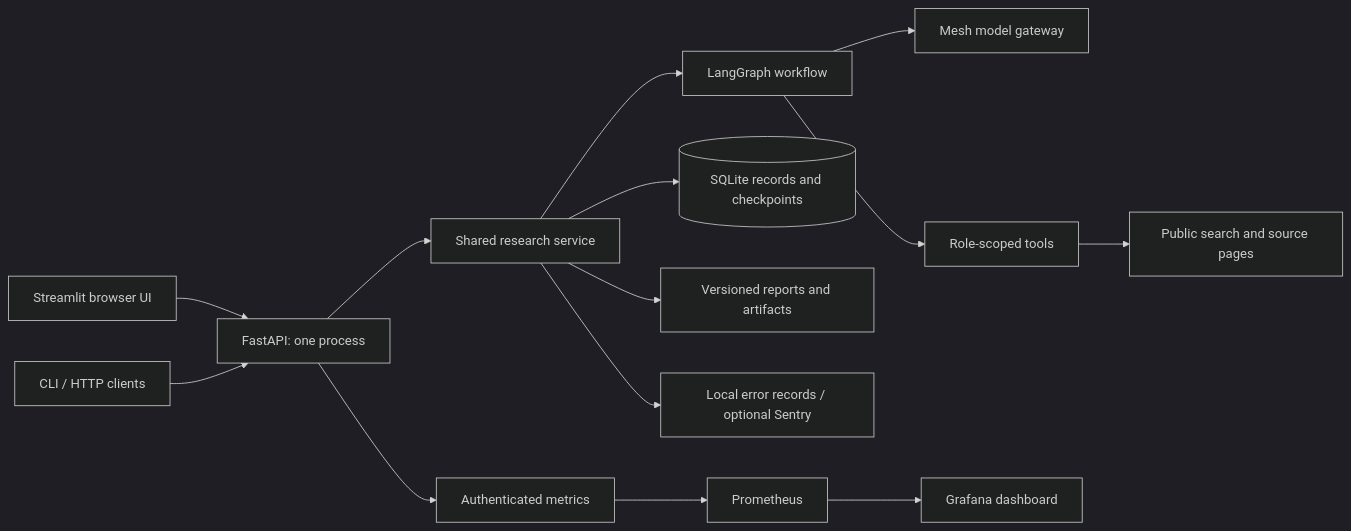
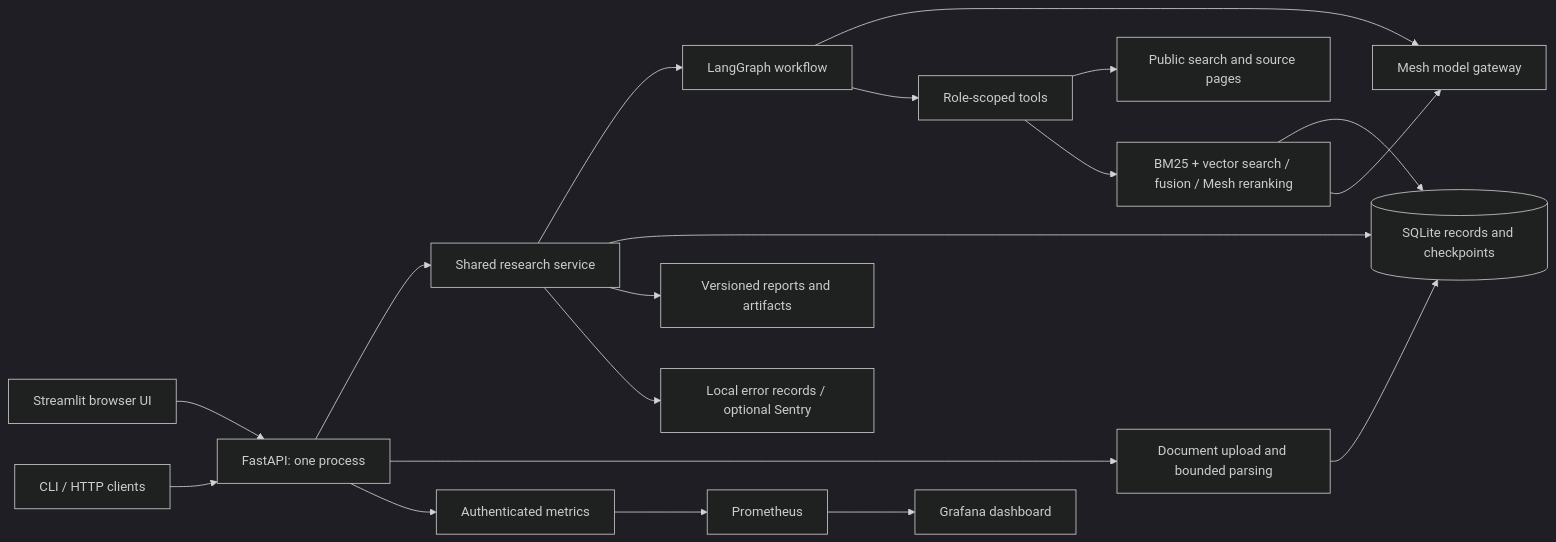
One commit to Ben-cod1ng/DeepDive changed the first of 3 diagrams in README.md. Above: the diagram before and after it, drawn with Mermaid (dark theme). The commit also changed other lines of this file and 38 other files, not shown here.

First line of the commit message:
Add document RAG with hybrid retrieval and Mesh reranking (#13)

````diff
--- a/README.md
+++ b/README.md
@@ -22,16 +23,21 @@
 ```mermaid
 flowchart LR
     UI[Streamlit browser UI] --> API[FastAPI: one process]
     CLI[CLI / HTTP clients] --> API
     API --> Service[Shared research service]
     Service --> Graph[LangGraph workflow]
     Graph --> Mesh[Mesh model gateway]
     Graph --> Tools[Role-scoped tools]
     Tools --> Web[Public search and source pages]
+    API --> Upload[Document upload and bounded parsing]
+    Upload --> DB
+    Tools --> RAG[BM25 + vector search / fusion / Mesh reranking]
+    RAG --> DB
+    RAG --> Mesh
     Service --> DB[(SQLite records and checkpoints)]
     Service --> Files[Versioned reports and artifacts]
     API --> Metrics[Authenticated metrics]
     Metrics --> Prom[Prometheus]
     Prom --> Grafana[Grafana dashboard]
     Service --> Errors[Local error records / optional Sentry]
 ```
````
